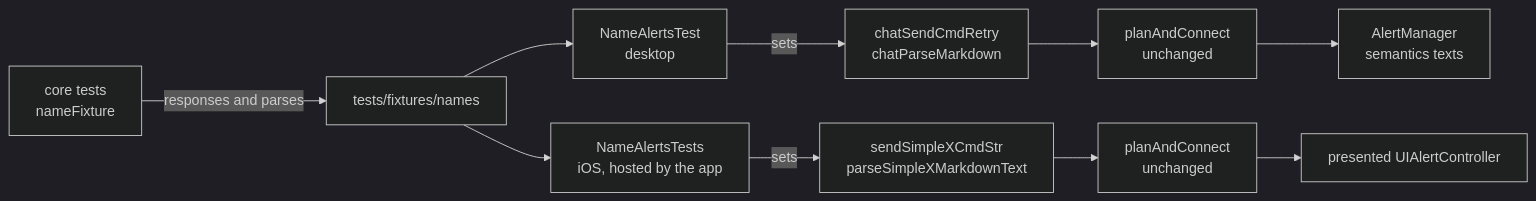
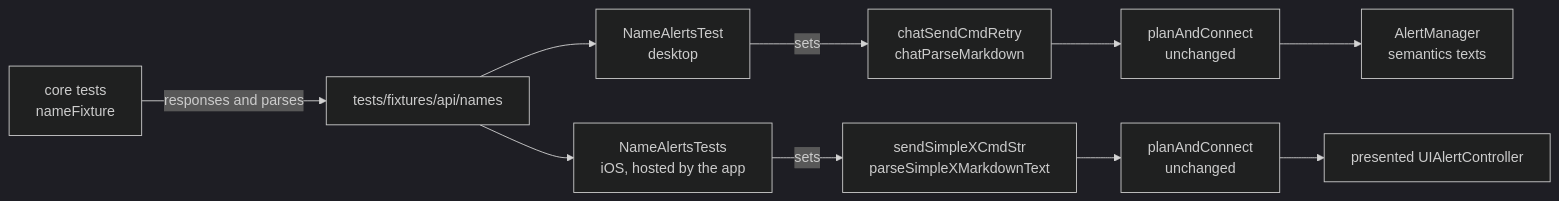
The diagram in plans/2026-11-16-name-alert-fixtures.md (simplex-chat/simplex-chat), drawn with Mermaid (dark theme) before and after one commit. The commit also changed other lines of this file and 15 other files, not shown here.

Commit message:
core, ui: app test fixtures under tests/fixtures/api

````diff
--- a/plans/2026-11-16-name-alert-fixtures.md
+++ b/plans/2026-11-16-name-alert-fixtures.md
@@ -17,12 +17,12 @@
 ```mermaid
 flowchart LR
-  CT["core tests<br>nameFixture"] -->|"responses and parses"| F["tests/fixtures/names"]
+  CT["core tests<br>nameFixture"] -->|"responses and parses"| F["tests/fixtures/api/names"]
   F --> KT["NameAlertsTest<br>desktop"]
   F --> IT["NameAlertsTests<br>iOS, hosted by the app"]
   KT -->|"sets"| KH["chatSendCmdRetry<br>chatParseMarkdown"]
   IT -->|"sets"| IH["sendSimpleXCmdStr<br>parseSimpleXMarkdownText"]
   KH --> KF["planAndConnect<br>unchanged"]
   IH --> IF["planAndConnect<br>unchanged"]
   KF --> KA["AlertManager<br>semantics texts"]
   IF --> IA["presented UIAlertController"]
 ```
````
